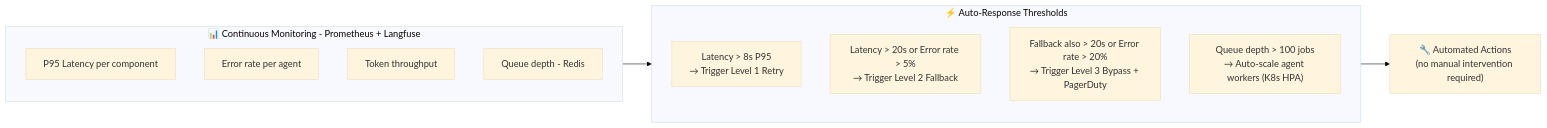
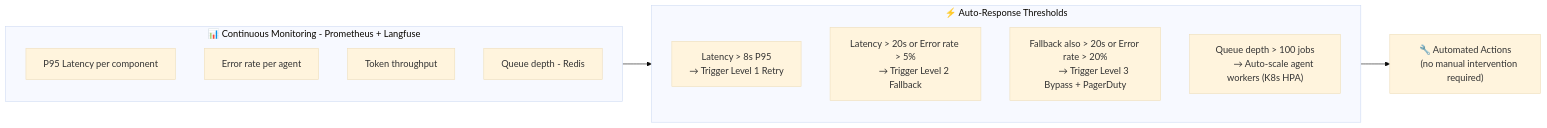
One commit to hunsnowboarder/ApPello_GenAI_assignment changed diagram 12 of 12 in Task_A.md. Above: the diagram before and after it, drawn with Mermaid (base theme). The commit also changed other lines of this file, not shown here.

````diff
--- a/Task_A.md
+++ b/Task_A.md
@@ -532,19 +581,24 @@
 ```mermaid
 flowchart LR
     subgraph Monitoring["📊 Continuous Monitoring - Prometheus + Langfuse"]
         M1[P95 Latency per component]
         M2[Error rate per agent]
         M3[Token throughput]
         M4[Queue depth - Redis]
     end
 
     subgraph Thresholds["⚡ Auto-Response Thresholds"]
-        T1["Latency > 8s P95\n→ Trigger Level 1 Retry"]
-        T2["Latency > 20s or Error rate > 5%\n→ Trigger Level 2 Fallback"]
-        T3["Fallback also > 20s or Error rate > 20%\n→ Trigger Level 3 Bypass + PagerDuty"]
-        T4["Queue depth > 100 jobs\n→ Auto-scale agent workers (K8s HPA)"]
+        T1["Latency > 8s P95
+        → Trigger Level 1 Retry"]
+        T2["Latency > 20s or Error rate > 5%
+        → Trigger Level 2 Fallback"]
+        T3["Fallback also > 20s or Error rate > 20%
+        → Trigger Level 3 Bypass + PagerDuty"]
+        T4["Queue depth > 100 jobs
+        → Auto-scale agent workers (K8s HPA)"]
     end
 
     Monitoring --> Thresholds
-    Thresholds --> Actions["🔧 Automated Actions\n(no manual intervention required)"]
+    Thresholds --> Actions["🔧 Automated Actions
+    (no manual intervention required)"]
 ```
````
